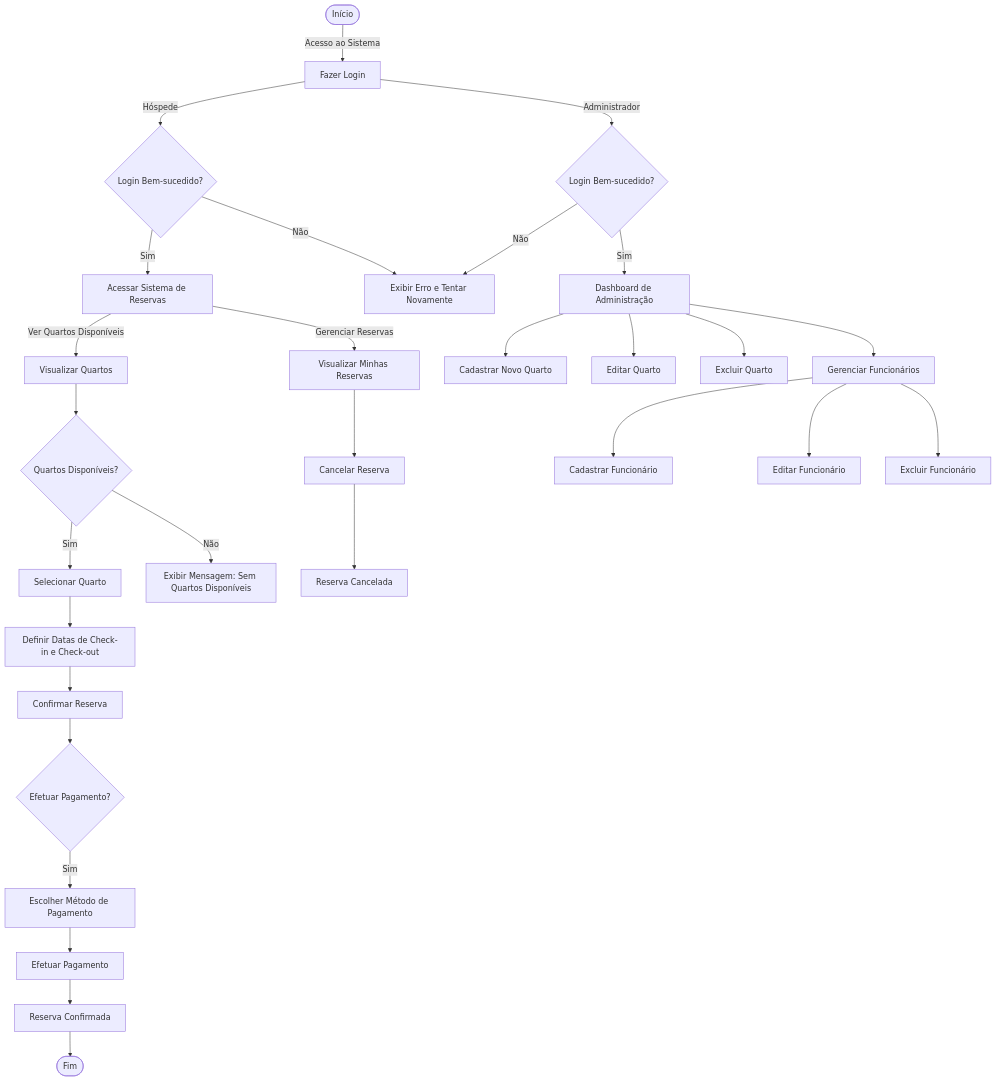
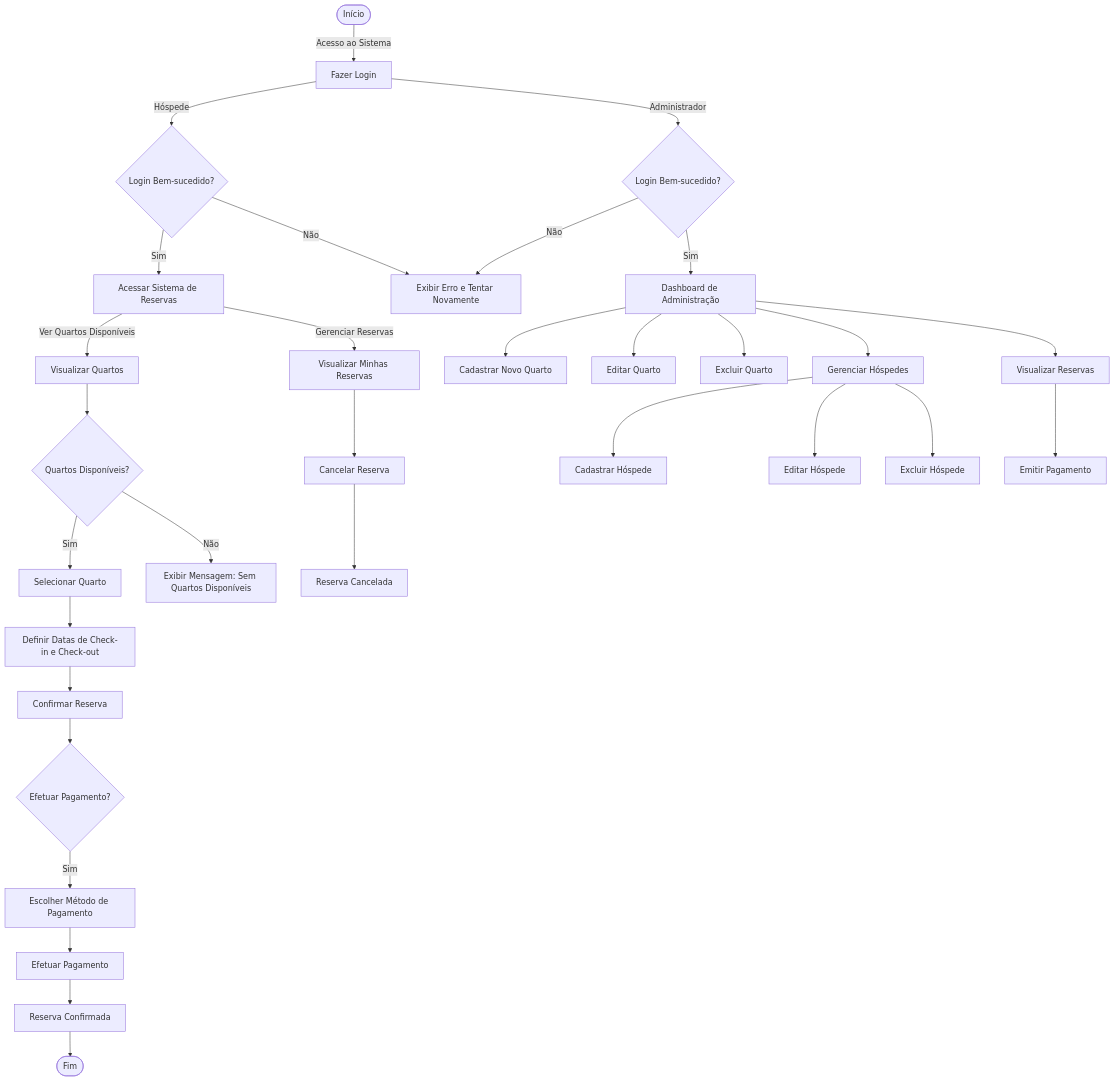
Before and after one commit to epicestudar/Hostly-java-interface: the third of 3 diagrams in README.md, drawn with Mermaid. The commit also changed other lines of this file, not shown here.

````diff
--- a/README.md
+++ b/README.md
@@ -185,41 +170,43 @@
 ```mermaid
 flowchart TD
     Start([Início]) -->|Acesso ao Sistema| A[Fazer Login]
     
     A -->|Hóspede| B{Login Bem-sucedido?}
     B -- Sim --> C[Acessar Sistema de Reservas]
     B -- Não --> D[Exibir Erro e Tentar Novamente]
 
     C -->|Ver Quartos Disponíveis| E[Visualizar Quartos]
     E --> F{Quartos Disponíveis?}
     F -- Sim --> G[Selecionar Quarto]
     F -- Não --> H[Exibir Mensagem: Sem Quartos Disponíveis]
     
     G --> I[Definir Datas de Check-in e Check-out]
     I --> J[Confirmar Reserva]
     J --> K{Efetuar Pagamento?}
     K -- Sim --> L[Escolher Método de Pagamento]
     L --> M[Efetuar Pagamento]
     M --> O[Reserva Confirmada]
     
     O --> End([Fim])
 
     C -->|Gerenciar Reservas| P[Visualizar Minhas Reservas]
     P --> Q[Cancelar Reserva]
     Q --> R[Reserva Cancelada]
 
     A -->|Administrador| S{Login Bem-sucedido?}
     S -- Sim --> T[Dashboard de Administração]
     T --> U[Cadastrar Novo Quarto]
     T --> V[Editar Quarto]
     T --> W[Excluir Quarto]
     
-    T --> X[Gerenciar Funcionários]
-    X --> Y[Cadastrar Funcionário]
-    X --> Z[Editar Funcionário]
-    X --> AA[Excluir Funcionário]
-
+    T --> X[Gerenciar Hóspedes]
+    X --> Y[Cadastrar Hóspede]
+    X --> Z[Editar Hóspede]
+    X --> AA[Excluir Hóspede]
+    
+    T --> AB[Visualizar Reservas]
+    AB --> AC[Emitir Pagamento]
+    
     S -- Não --> D
 
-
 ```
````
